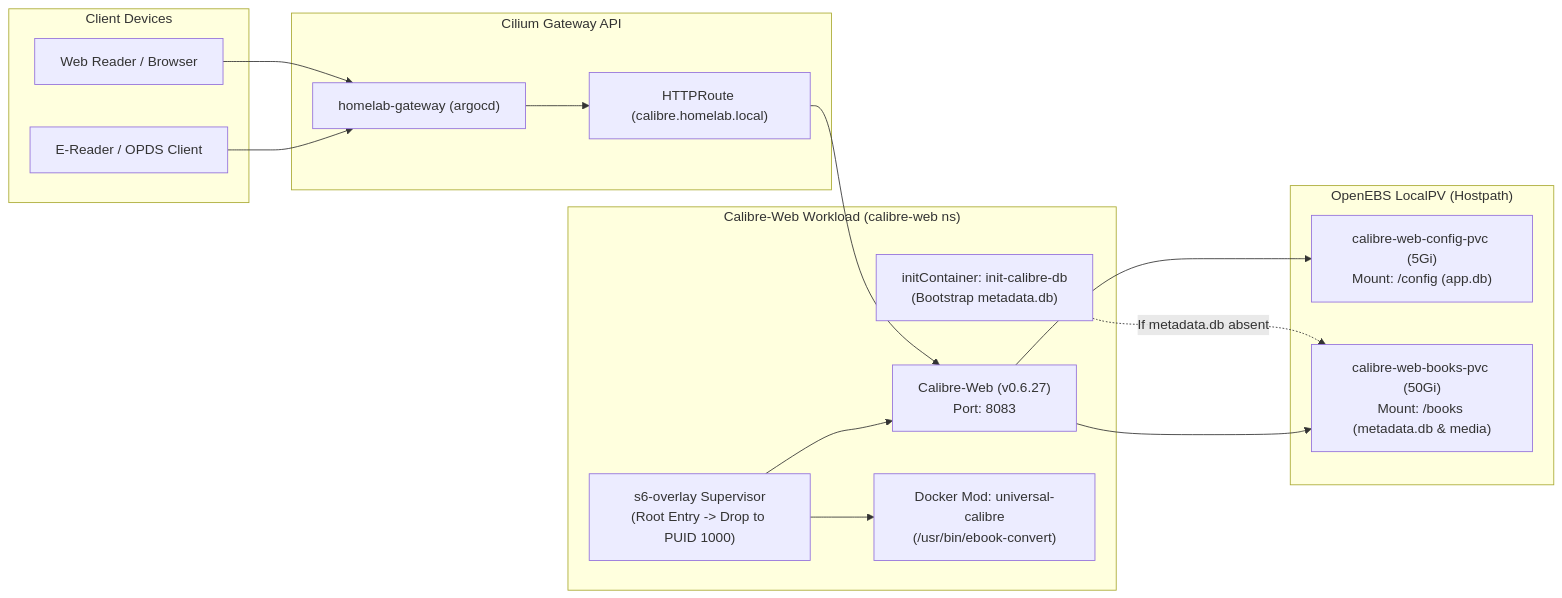
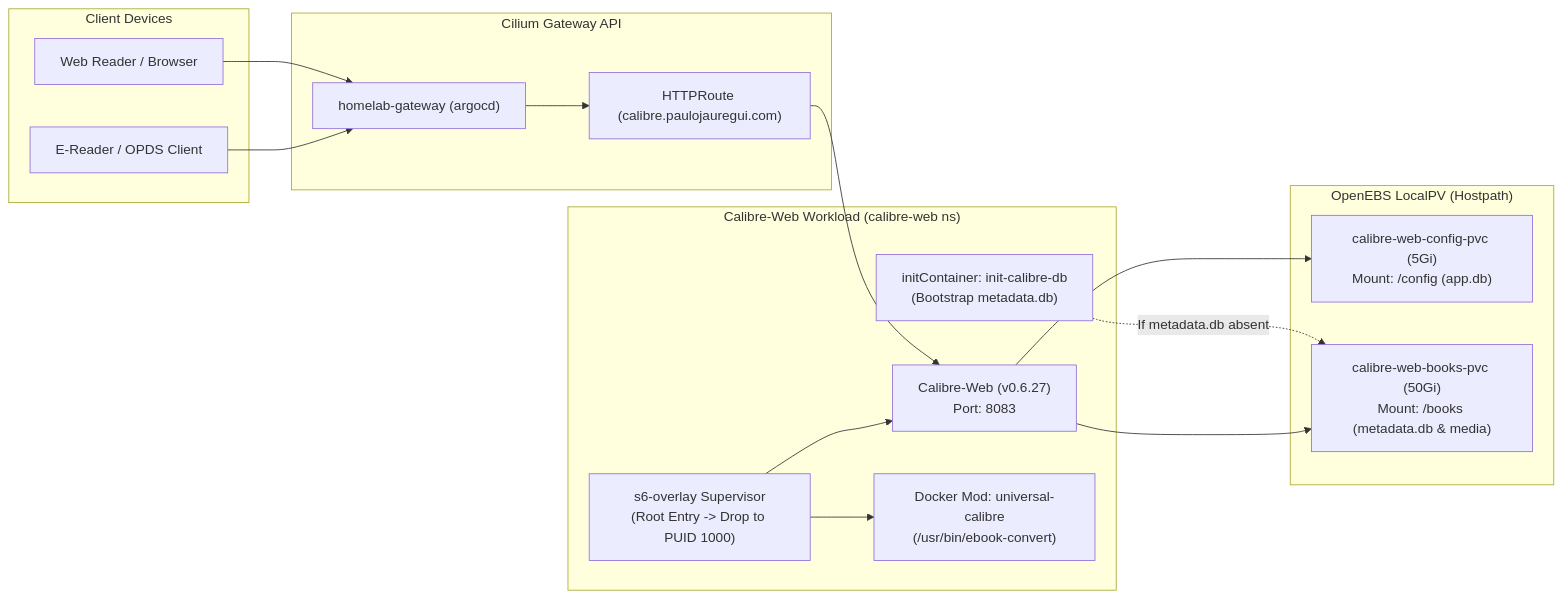
One commit to HowDiggy/k8s-gitops changed the diagram in docs/services/calibre-web.md. Above: the diagram before and after it, drawn with Mermaid. The commit also changed other lines of this file and 5 other files, not shown here.

Commit message:
docs: update architecture references and create ADR 0006 for .com domain migration

````diff
--- a/docs/services/calibre-web.md
+++ b/docs/services/calibre-web.md
@@ -11,34 +11,34 @@
 ```mermaid
 graph LR
     subgraph Client ["Client Devices"]
         Browser["Web Reader / Browser"]
         EReader["E-Reader / OPDS Client"]
     end
 
     subgraph Ingress ["Cilium Gateway API"]
         GW["homelab-gateway (argocd)"]
-        HTTPRoute["HTTPRoute (calibre.homelab.local)"]
+        HTTPRoute["HTTPRoute (calibre.paulojauregui.com)"]
     end
 
     subgraph CalibrePod ["Calibre-Web Workload (calibre-web ns)"]
         Init["initContainer: init-calibre-db<br/>(Bootstrap metadata.db)"]
         S6["s6-overlay Supervisor<br/>(Root Entry -> Drop to PUID 1000)"]
         App["Calibre-Web (v0.6.27)<br/>Port: 8083"]
         Mod["Docker Mod: universal-calibre<br/>(/usr/bin/ebook-convert)"]
     end
 
     subgraph Storage ["OpenEBS LocalPV (Hostpath)"]
         PVC_Config["calibre-web-config-pvc (5Gi)<br/>Mount: /config (app.db)"]
         PVC_Books["calibre-web-books-pvc (50Gi)<br/>Mount: /books (metadata.db & media)"]
     end
 
     Browser --> GW
     EReader --> GW
     GW --> HTTPRoute
     HTTPRoute --> App
     Init -.->|If metadata.db absent| PVC_Books
     App --> PVC_Config
     App --> PVC_Books
     S6 --> Mod
     S6 --> App
 ```
````
